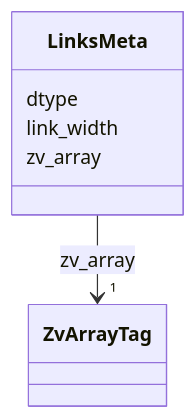
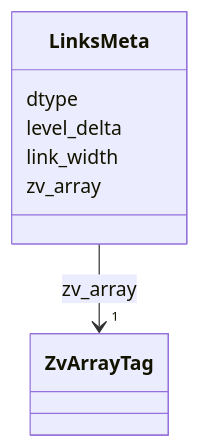
Diagram 11 of 17 in schema/reference.md (BRIDGE-Neuroscience/zarr-vectors-py), drawn with Mermaid before and after one commit. The commit also changed other lines of this file and 125 other files, not shown here.

````diff
--- a/schema/reference.md
+++ b/schema/reference.md
@@ -5151,21 +6098,23 @@
 ```mermaid
  classDiagram
     class LinksMeta
     click LinksMeta href "../LinksMeta/"
       LinksMeta : dtype
+        
+      LinksMeta : level_delta
         
       LinksMeta : link_width
         
       LinksMeta : zv_array
         
           
     
         
         
         LinksMeta --> "1" ZvArrayTag : zv_array
         click ZvArrayTag href "../ZvArrayTag/"
     
 
         
       
 ```
````
